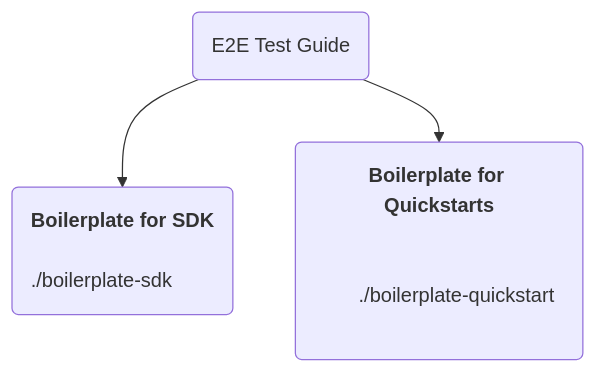
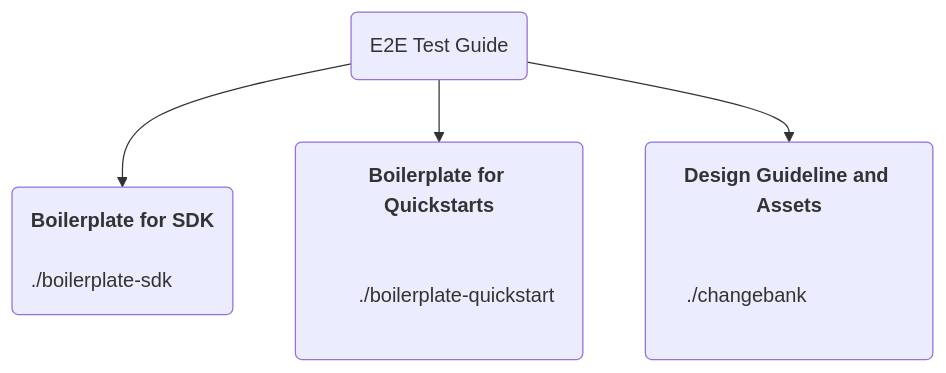
The first of 3 diagrams in README.md (sonderformat-llc/fusionauth-e2e-test-guide), drawn with Mermaid before and after one commit. The commit also changed other lines of this file, not shown here.

````diff
--- a/README.md
+++ b/README.md
@@ -7,16 +7,22 @@
 ```mermaid
 graph TD
     Guide(E2E Test Guide)
     Guide --> BoilerSDK(
         <strong>Boilerplate for SDK</strong>
         <div style='text-align:left'>
             ./boilerplate-sdk
         </div>
     )
     Guide --> BoilerQuickstart(
         <strong>Boilerplate for Quickstarts</strong>
         <div style='text-align:left'>
         ./boilerplate-quickstart
         </div>
     )
+    Guide --> Changebank(
+    <strong>Design Guideline and Assets</strong>
+    <div style='text-align:left'>
+    ./changebank
+    </div>
+    )
 ```
````
